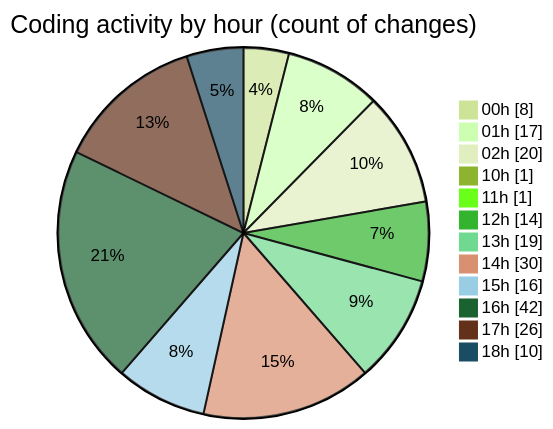
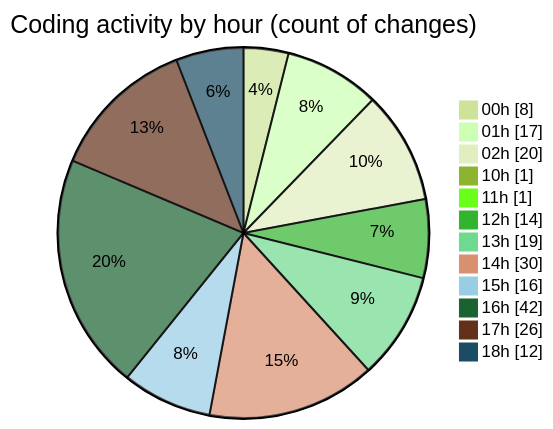
The second of 2 diagrams in 2025-05-02/niten/README.md (Elitesun/code-tracking), drawn with Mermaid (forest theme) before and after one commit. The commit also changed other lines of this file and 1 other file, not shown here.

````diff
--- a/2025-05-02/niten/README.md
+++ b/2025-05-02/niten/README.md
@@ -81,16 +81,16 @@
 ```mermaid
 pie showData
 title Coding activity by hour (count of changes)
 "00h" : 8
 "01h" : 17
 "02h" : 20
 "10h" : 1
 "11h" : 1
 "12h" : 14
 "13h" : 19
 "14h" : 30
 "15h" : 16
 "16h" : 42
 "17h" : 26
-"18h" : 10
+"18h" : 12
 ```
````
